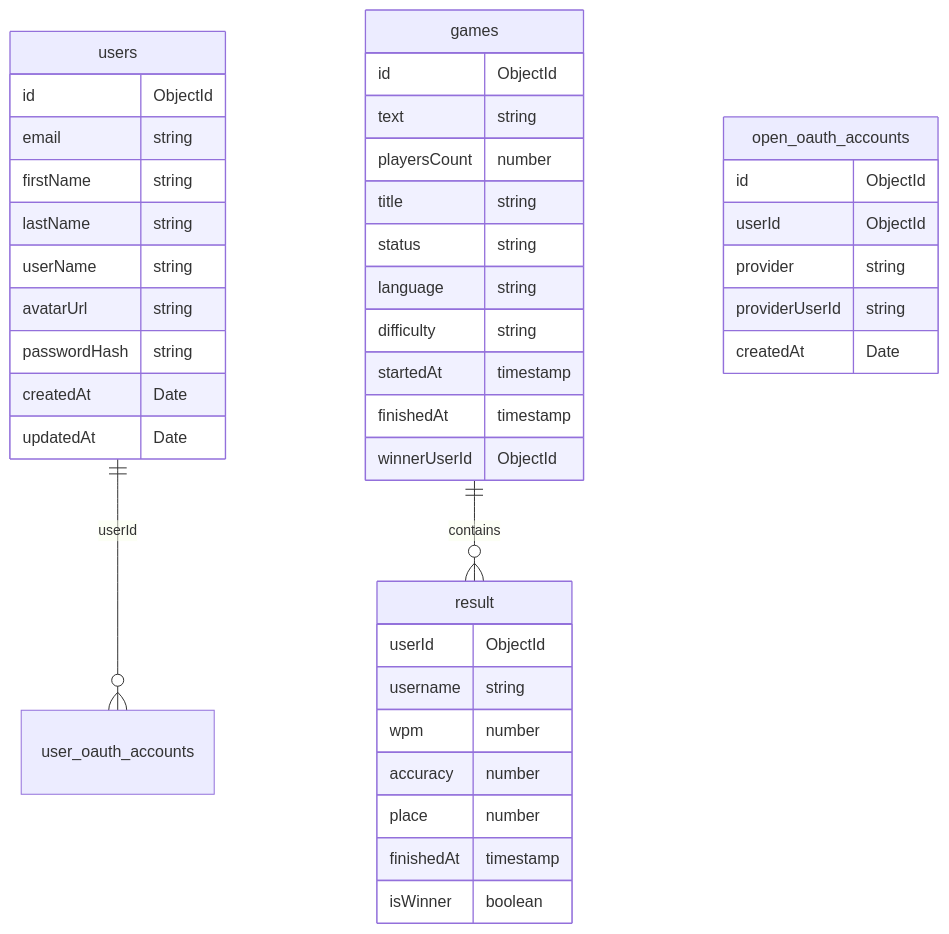
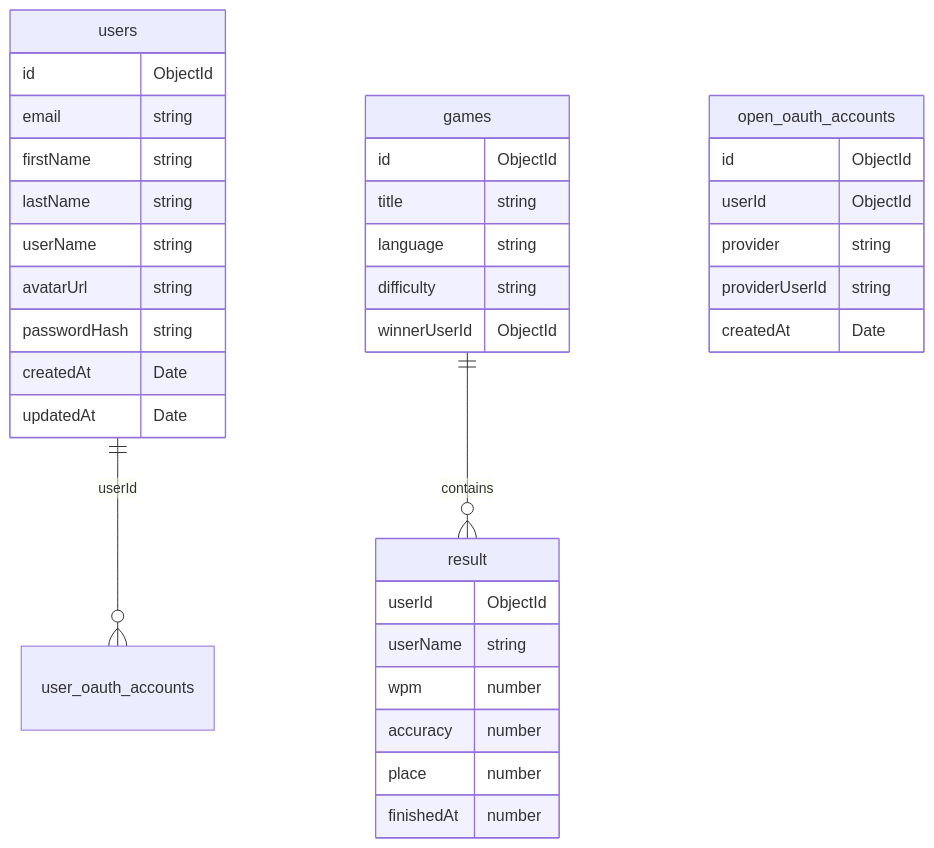
The diagram in README.md (Icerock10/typing-race), drawn with Mermaid before and after one commit. The commit also changed 1 other file, not shown here.

Commit message:
feat: + database model for game, updated readme tr-36

````diff
--- a/README.md
+++ b/README.md
@@ -34,45 +34,39 @@
 ```mermaid
 erDiagram
     users ||--o{ user_oauth_accounts : userId
     games ||--o{ result : contains
 
     users {
         id ObjectId
         email string
         firstName string
         lastName string
         userName string
         avatarUrl string
         passwordHash string
         createdAt Date
         updatedAt Date
     }
     open_oauth_accounts {
         id ObjectId
         userId ObjectId
         provider string
         providerUserId string
         createdAt Date
     }
     games {
         id ObjectId
-        text string
-        playersCount number
         title string
-        status string
         language string
         difficulty string
-        startedAt timestamp
-        finishedAt timestamp
         winnerUserId ObjectId
     }
     result {
         userId ObjectId
-        username string
+        userName string
         wpm number
         accuracy number
         place number
-        finishedAt timestamp
-        isWinner boolean
+        finishedAt number
     }
 ```
````
